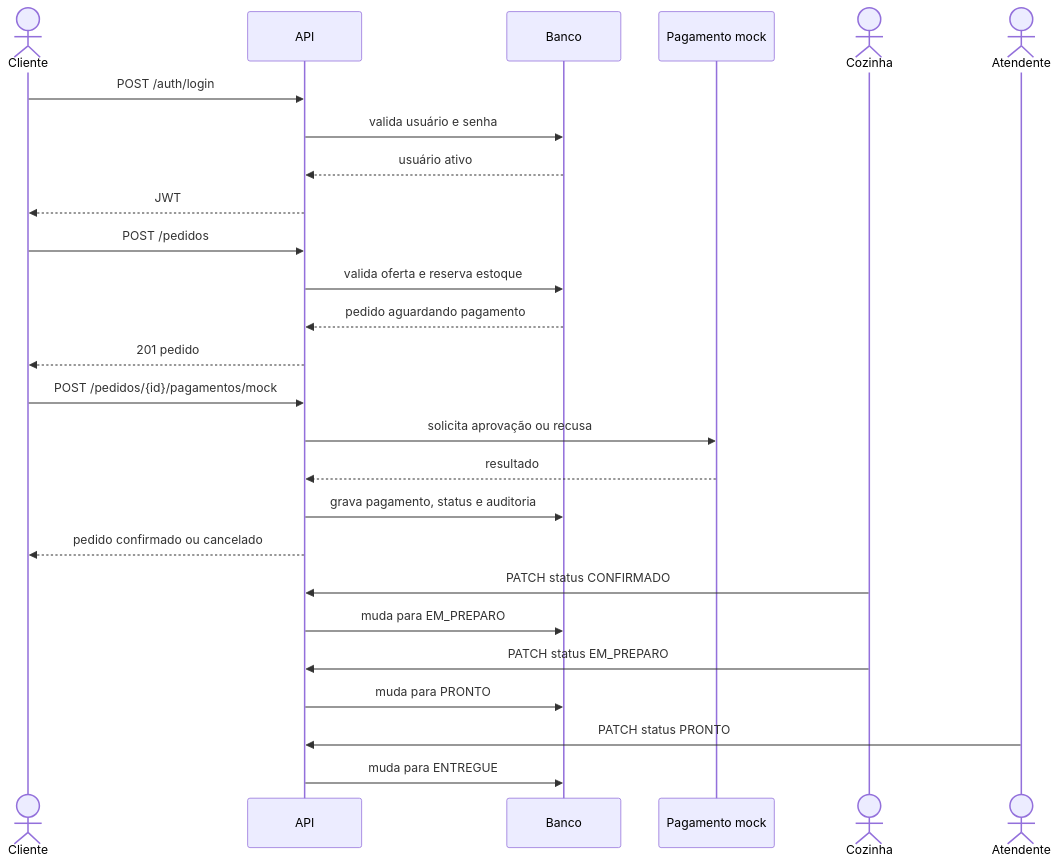
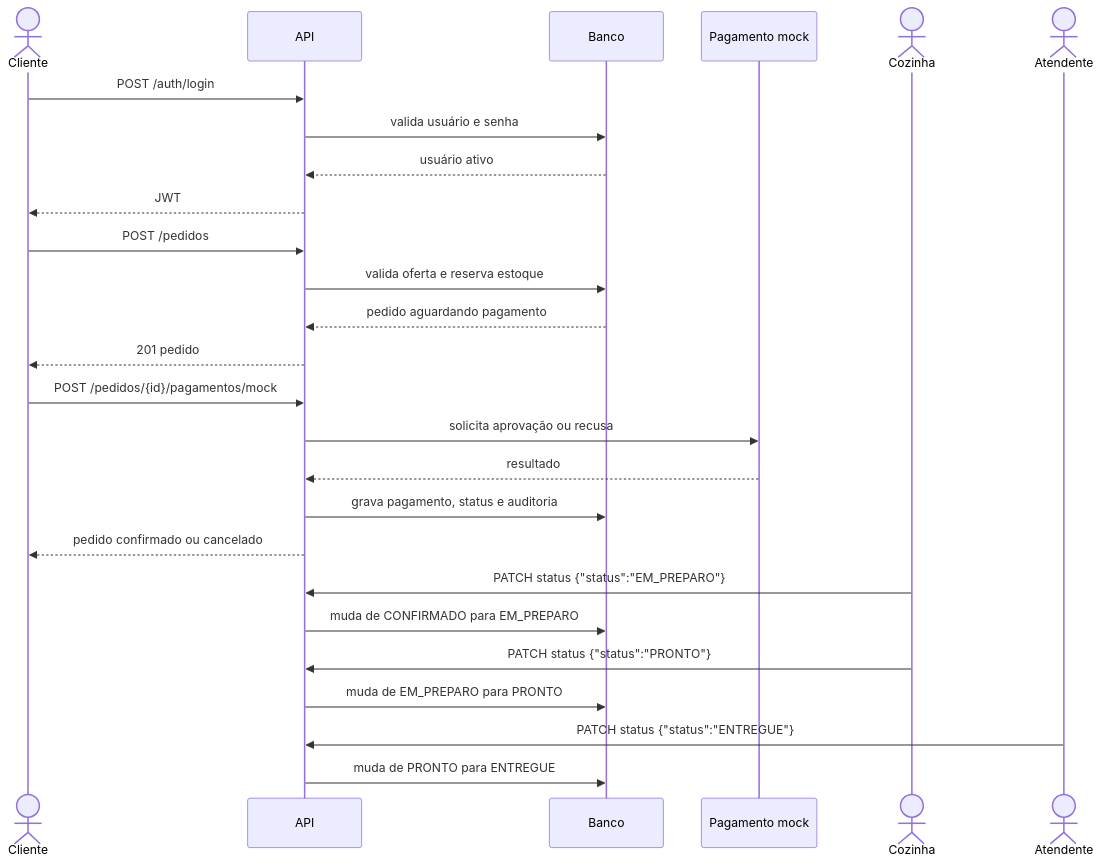
The third of 3 diagrams in docs/DIAGRAMAS.md (alexandrequintiliano95/projeto_uninter), drawn with Mermaid before and after one commit. The commit also changed 8 other files, not shown here.

Commit message:
Separa a API em camadas (domain, application, infrastructure, api), muda o PATCH de status para destino e corrige pagamento de pedido vencido e produto desativado

````diff
--- a/docs/DIAGRAMAS.md
+++ b/docs/DIAGRAMAS.md
@@ -69,29 +69,29 @@
 ```mermaid
 sequenceDiagram
     actor Cliente
     participant API
     participant Banco
     participant Mock as Pagamento mock
     actor Cozinha
     actor Atendente
 
     Cliente->>API: POST /auth/login
     API->>Banco: valida usuário e senha
     Banco-->>API: usuário ativo
     API-->>Cliente: JWT
     Cliente->>API: POST /pedidos
     API->>Banco: valida oferta e reserva estoque
     Banco-->>API: pedido aguardando pagamento
     API-->>Cliente: 201 pedido
     Cliente->>API: POST /pedidos/{id}/pagamentos/mock
     API->>Mock: solicita aprovação ou recusa
     Mock-->>API: resultado
     API->>Banco: grava pagamento, status e auditoria
     API-->>Cliente: pedido confirmado ou cancelado
-    Cozinha->>API: PATCH status CONFIRMADO
-    API->>Banco: muda para EM_PREPARO
-    Cozinha->>API: PATCH status EM_PREPARO
-    API->>Banco: muda para PRONTO
-    Atendente->>API: PATCH status PRONTO
-    API->>Banco: muda para ENTREGUE
+    Cozinha->>API: PATCH status {"status":"EM_PREPARO"}
+    API->>Banco: muda de CONFIRMADO para EM_PREPARO
+    Cozinha->>API: PATCH status {"status":"PRONTO"}
+    API->>Banco: muda de EM_PREPARO para PRONTO
+    Atendente->>API: PATCH status {"status":"ENTREGUE"}
+    API->>Banco: muda de PRONTO para ENTREGUE
 ```
````
